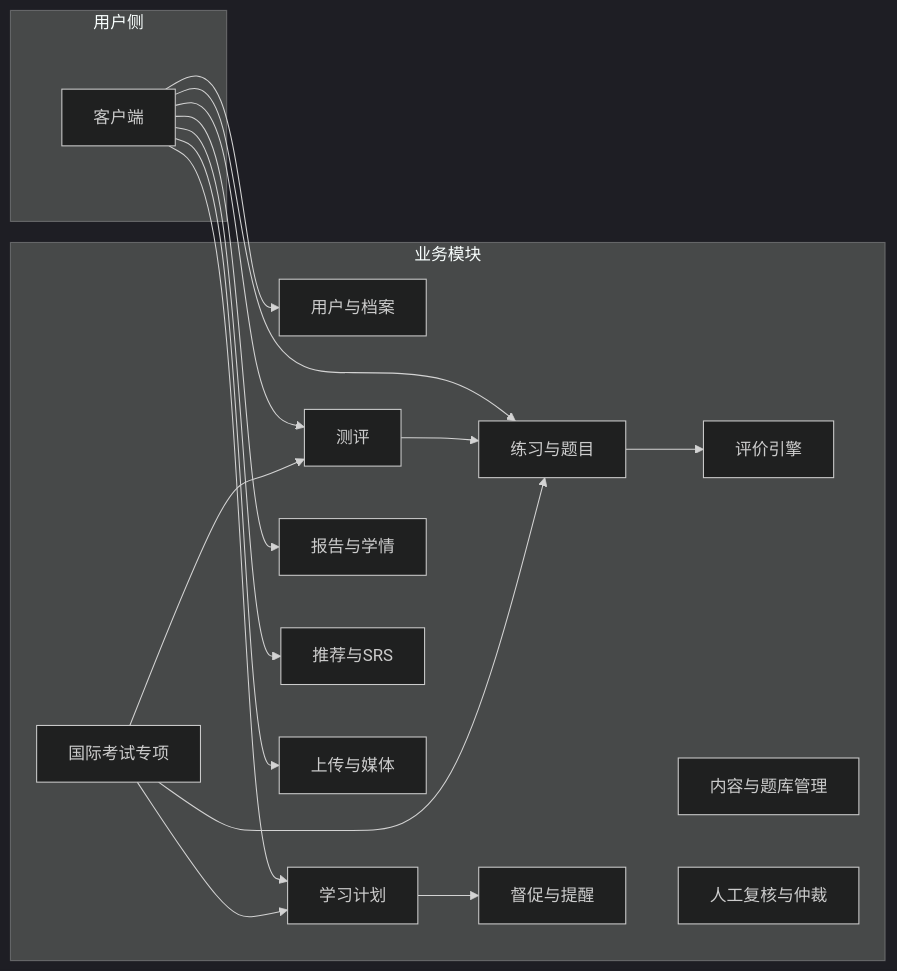
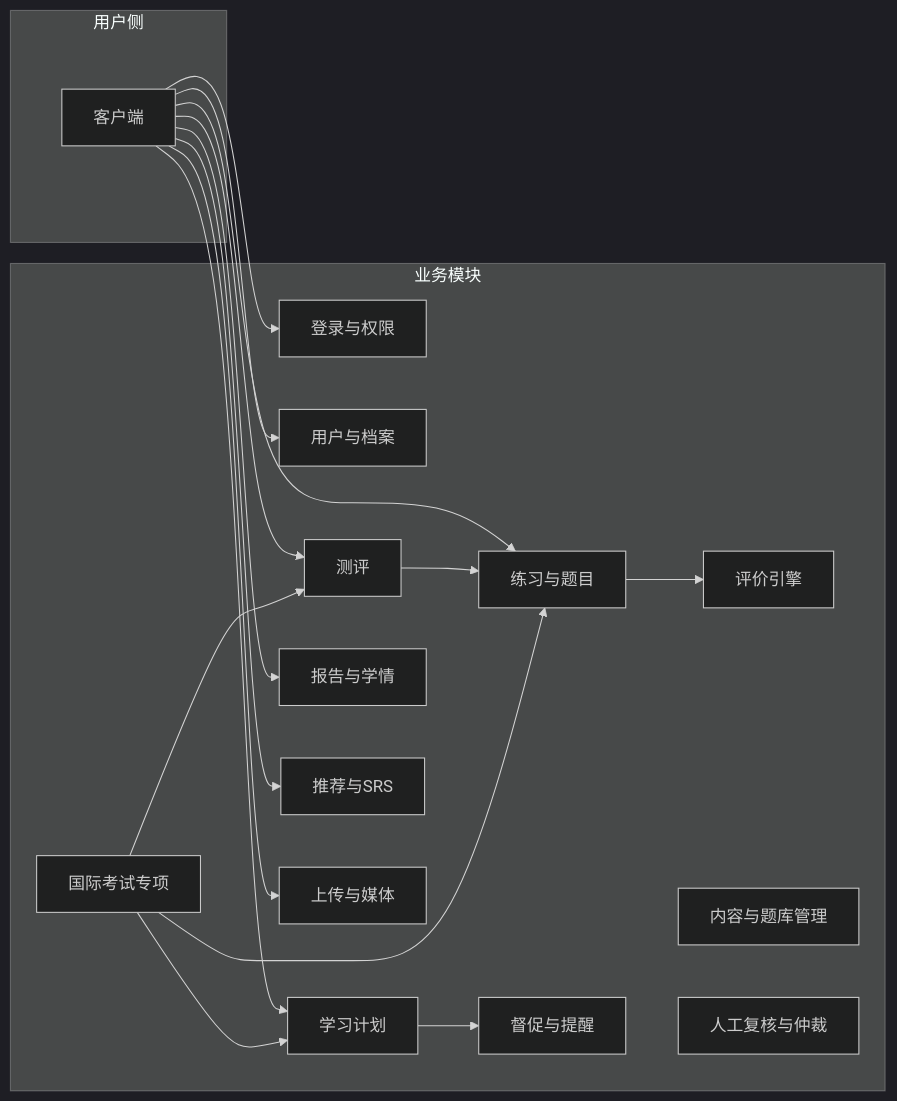
The fifth of 14 diagrams in system-design/docs/AI+英语学习软件详细设计.md (lqc19901106/stack-fe2full), drawn with Mermaid (dark theme) before and after one commit. The commit also changed other lines of this file, not shown here.

````diff
--- a/system-design/docs/AI+英语学习软件详细设计.md
+++ b/system-design/docs/AI+英语学习软件详细设计.md
@@ -930,33 +1281,35 @@
 ```mermaid
 flowchart LR
     subgraph 用户侧
         C[客户端]
     end
     subgraph 业务模块
+        M0[登录与权限]
         M1[用户与档案]
         M2[测评]
         M3[练习与题目]
         M4[评价引擎]
         M5[学习计划]
         M6[督促与提醒]
         M7[报告与学情]
         M8[内容与题库管理]
         M9[人工复核与仲裁]
         M10[推荐与SRS]
         M11[上传与媒体]
         M12[国际考试专项]
     end
+    C --> M0
     C --> M1
     C --> M2
     C --> M3
     C --> M5
     C --> M7
     C --> M10
     C --> M11
     M3 --> M4
     M5 --> M6
     M2 --> M3
     M12 --> M2
     M12 --> M3
     M12 --> M5
 ```
````
